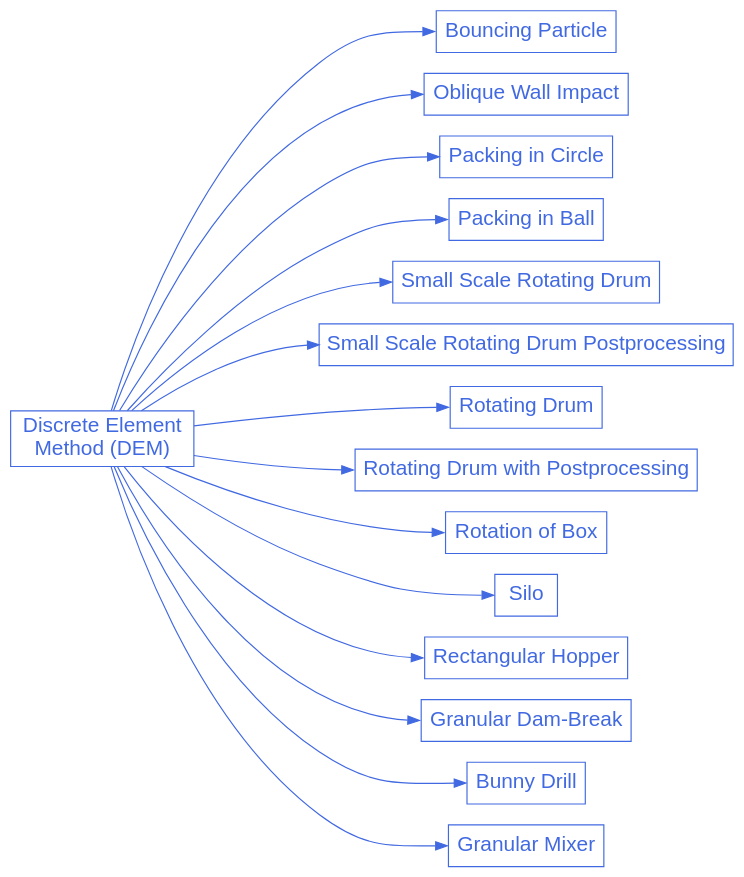
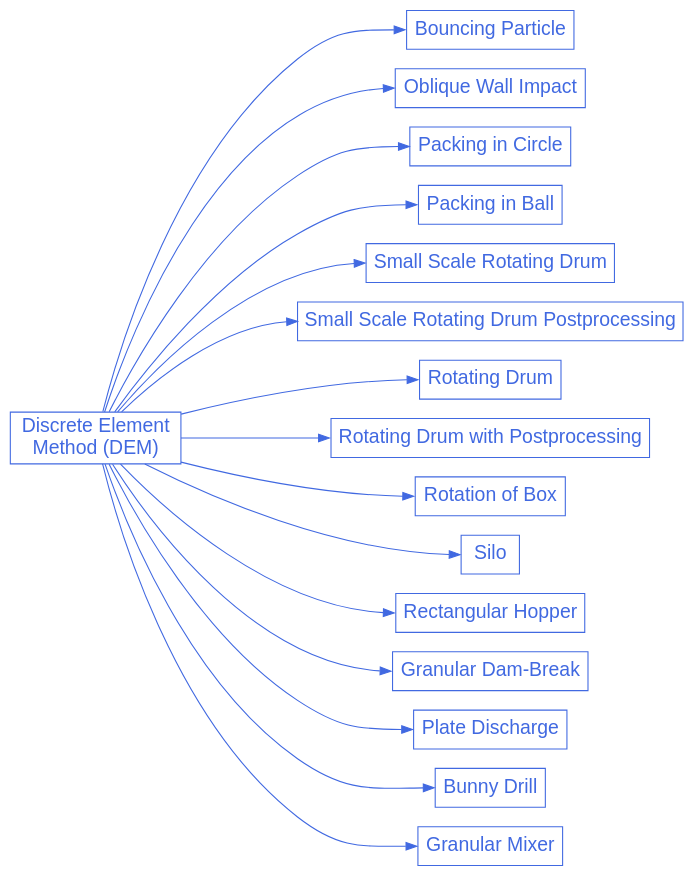
The diagram in doc/source/examples/dem/dem.rst (chaos-polymtl/lethe), drawn with Graphviz before and after one commit. The commit also changed other lines of this file and 26 other files, not shown here.

First line of the commit message:
DEM example with a particle discharge from a plate with ASC and LB (#1191)

```diff
--- a/doc/source/examples/dem/dem.rst
+++ b/doc/source/examples/dem/dem.rst
@@ -27,56 +28,59 @@
 .. graphviz:: 
 
     digraph dem_diagram {
       graph [bgcolor="transparent", align=true, ranksep=1.5];
       node [fontname=Arial, fontsize=18, shape=box, fontcolor=royalblue, color=royalblue];
       edge [color=royalblue];
       rankdir="LR";
       size = "9,9";
       
       dem [label="Discrete Element \nMethod (DEM)", href="https://chaos-polymtl.github.io/lethe/documentation/examples/dem/dem.html"];
 
       dem_1 [label="Bouncing Particle", href="https://chaos-polymtl.github.io/lethe/documentation/examples/dem/bouncing-particle/bouncing-particle.html"];
 
       dem_2 [label="Oblique Wall Impact", href="https://chaos-polymtl.github.io/lethe/documentation/examples/dem/oblique-wall-impact/oblique-wall-impact.html"];
 
       dem_3 [label="Packing in Circle", href="https://chaos-polymtl.github.io/lethe/documentation/examples/dem/packing-in-circle/packing-in-circle.html"];
 
       dem_4 [label="Packing in Ball", href="https://chaos-polymtl.github.io/lethe/documentation/examples/dem/packing-in-ball/packing-in-ball.html"];
 
       dem_5 [label="Small Scale Rotating Drum", href="https://chaos-polymtl.github.io/lethe/documentation/examples/dem/small-scale-rotating-drum/small-scale-rotating-drum.html"];
     
       dem_6 [label="Small Scale Rotating Drum Postprocessing", href="https://chaos-polymtl.github.io/lethe/documentation/examples/dem/small-scale-rotating-drum-postprocessing/small-scale-rotating-drum-postprocessing.html"];
 
       dem_7 [label="Rotating Drum", href="https://chaos-polymtl.github.io/lethe/documentation/examples/dem/rotating-drum/rotating-drum.html"];
 
       dem_8 [label="Rotating Drum with Postprocessing", href="https://chaos-polymtl.github.io/lethe/documentation/examples/dem/rotating-drum-with-postprocessing/rotating-drum-with-postprocessing.html"];
 
       dem_9 [label="Rotation of Box", href="https://chaos-polymtl.github.io/lethe/documentation/examples/dem/rotation-of-box/rotation-of-box.html"];
 
       dem_10 [label="Silo", href="https://chaos-polymtl.github.io/lethe/documentation/examples/dem/silo/silo.html"]; 
 
       dem_11 [label="Rectangular Hopper", href="https://chaos-polymtl.github.io/lethe/documentation/examples/dem/rectangular-hopper/rectangular-hopper.html"];
 
       dem_12 [label="Granular Dam-Break", href="https://chaos-polymtl.github.io/lethe/documentation/examples/dem/granular-dam-break/granular-dam-break.html"];
 
-      dem_13 [label="Bunny Drill", href="https://chaos-polymtl.github.io/lethe/documentation/examples/dem/bunny-drill/bunny-drill.html"];
+      dem_13 [label="Plate Discharge", href="https://chaos-polymtl.github.io/lethe/documentation/examples/dem/plate-discharge/plate-discharge.html"];
 
-      dem_14 [label="Granular Mixer", href="https://chaos-polymtl.github.io/lethe/documentation/examples/dem/granular-mixer/granular-mixer.html"];
+      dem_14 [label="Bunny Drill", href="https://chaos-polymtl.github.io/lethe/documentation/examples/dem/bunny-drill/bunny-drill.html"];
+
+      dem_15 [label="Granular Mixer", href="https://chaos-polymtl.github.io/lethe/documentation/examples/dem/granular-mixer/granular-mixer.html"];
 
       
 
       dem -> dem_1:w;
       dem -> dem_2:w;
       dem -> dem_3:w;
       dem -> dem_4:w;
       dem -> dem_5:w;
       dem -> dem_6:w;
       dem -> dem_7:w;
       dem -> dem_8:w;
       dem -> dem_9:w;
       dem -> dem_10:w;
       dem -> dem_11:w;
       dem -> dem_12:w;
       dem -> dem_13:w;
       dem -> dem_14:w;
+      dem -> dem_15:w;
     }
```
